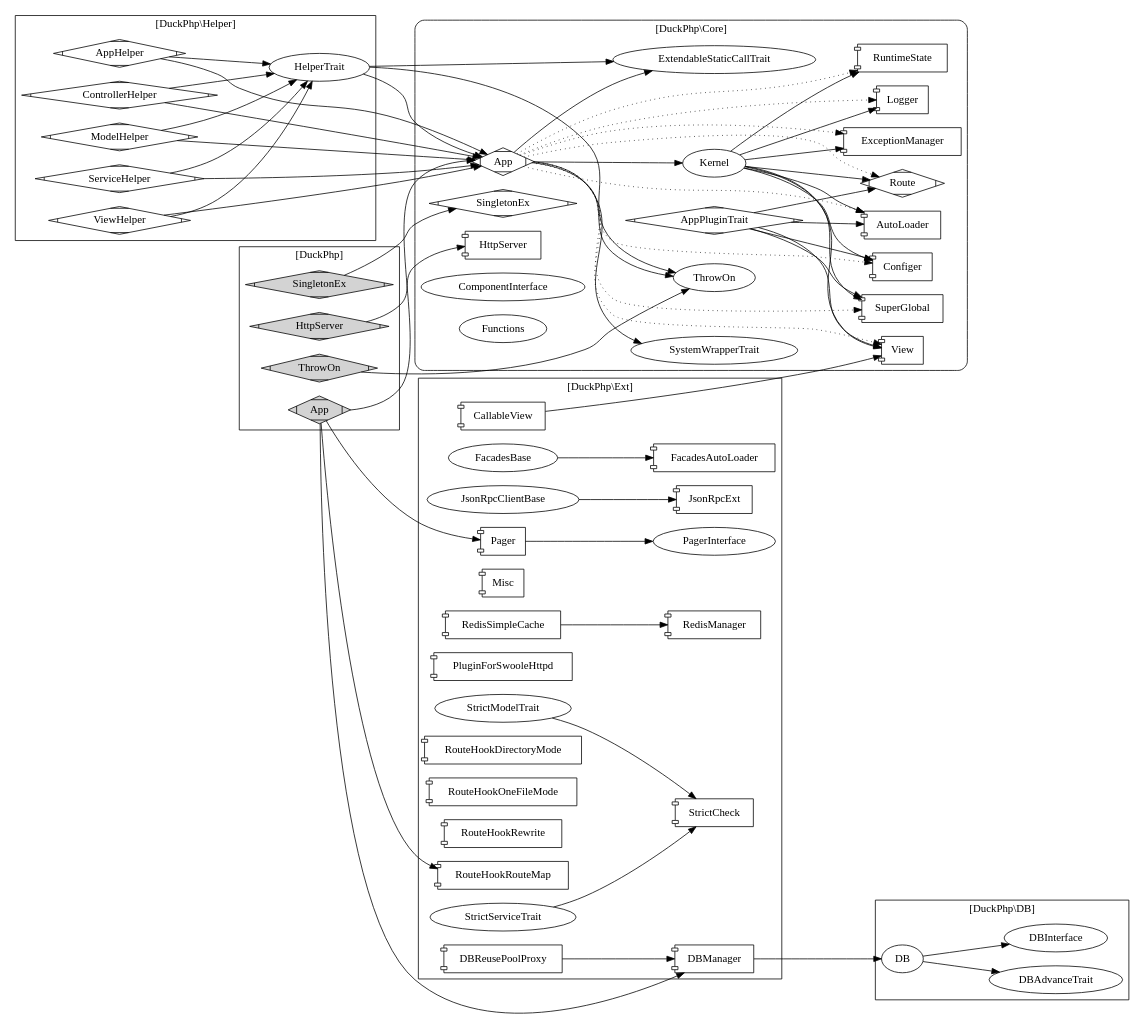
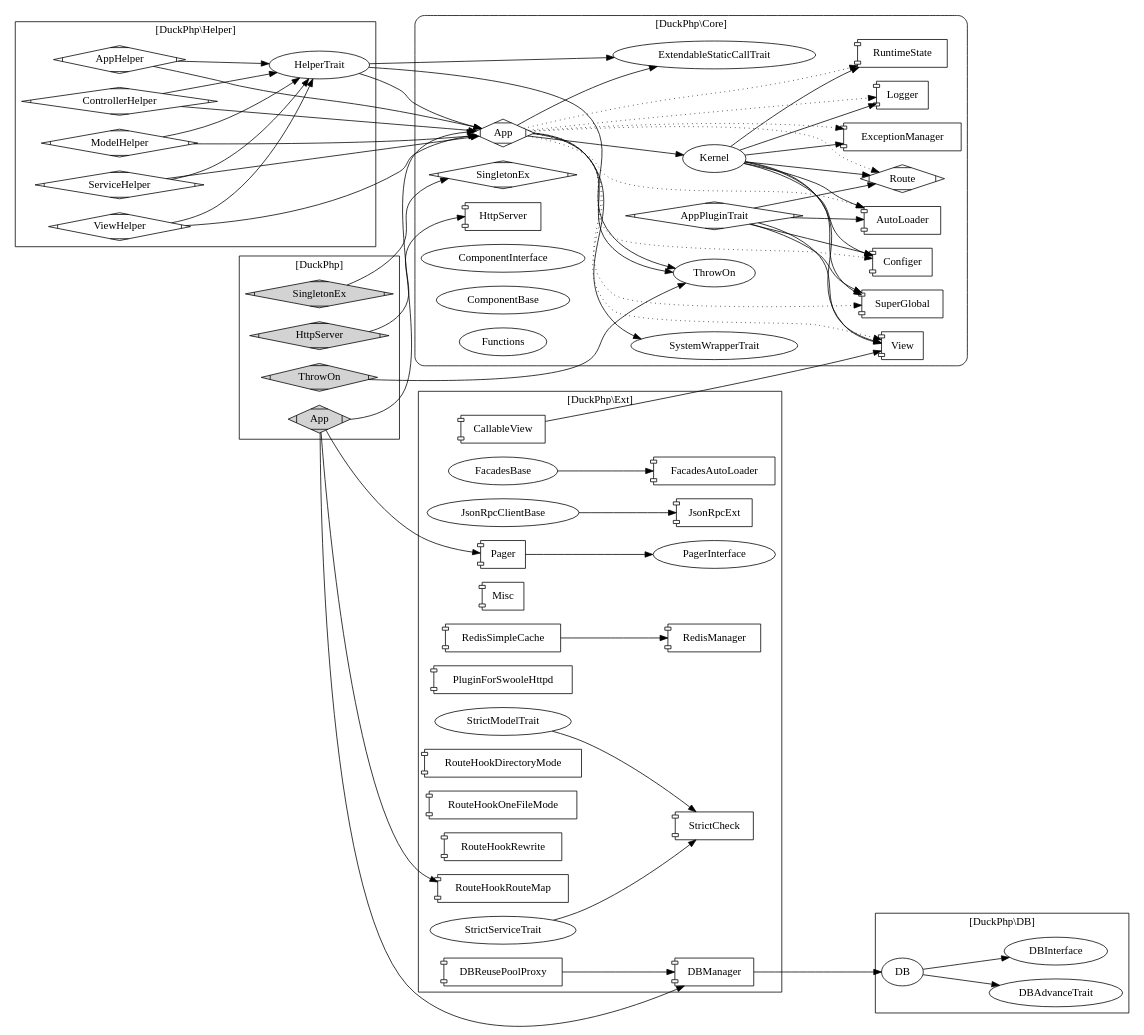
Before and after one commit to dvaknheo/duckphp: the diagram in doc/duckphp.gv, drawn with Graphviz. The commit also changed 18 other files, not shown here.

```diff
--- a/doc/duckphp.gv
+++ b/doc/duckphp.gv
@@ -1,168 +1,169 @@
 digraph G{
 /* This is a graphviz file */
 graph [rankdir = "LR"];
     
     SingletonEx [shape=Mdiamond];
     
 subgraph cluster_Core {
     style = "rounded";
     label = "[DuckPhp\\Core]";
 
     Core_AppPluginTrait [label="AppPluginTrait";shape=Mdiamond];
     Core_App [label="App";shape=Mdiamond];
     Core_Kernel [label="Kernel"];
     Core_SingletonEx [label="SingletonEx";shape=Mdiamond];
     Core_AutoLoader [label="AutoLoader";shape="component"];
     Core_ExceptionManager [label="ExceptionManager";shape="component"];
     Core_View [label="View";shape="component"];
     Core_Configer [label="Configer";shape="component"];
     Core_Logger [label="Logger";shape="component"];
     Core_Route [label="Route";shape=Mdiamond];
     Core_RuntimeState [label="RuntimeState";shape="component"];
     Core_SystemWrapperTrait [label="SystemWrapperTrait"];
     
     Core_HttpServer [label="HttpServer";shape="component"];
     Core_SuperGlobal [label="SuperGlobal";shape="component"];
 
     Core_ExtendableStaticCallTrait [label="ExtendableStaticCallTrait"];
     
     Core_ThrowOn [label="ThrowOn"];
     Core_ComponentInterface [label="ComponentInterface"];
+    Core_ComponentBase [label="ComponentBase"];
     Core_Functions [label="Functions"];
 
 
     Core_Kernel -> Core_AutoLoader ;
     Core_Kernel -> Core_Configer;
     Core_Kernel -> Core_Logger;
     Core_Kernel -> Core_ExceptionManager;
     Core_Kernel -> Core_Route;
     Core_Kernel -> Core_RuntimeState;
     Core_Kernel -> Core_View;
     Core_Kernel -> Core_SuperGlobal;
     
     Core_App -> Core_Kernel;
     Core_App -> Core_ThrowOn;
     Core_App -> Core_ExtendableStaticCallTrait;
     Core_App -> Core_SystemWrapperTrait;
     
     Core_App -> Core_AutoLoader [style="dotted"];
     Core_App -> Core_Configer [style="dotted"];
     Core_App -> Core_Logger [style="dotted"];
     Core_App -> Core_ExceptionManager [style="dotted"];
     Core_App -> Core_Route [style="dotted"];
     Core_App -> Core_RuntimeState [style="dotted"];
     Core_App -> Core_View [style="dotted"];
     Core_App -> Core_SuperGlobal [style="dotted"];
 
 
     Core_AppPluginTrait -> Core_AutoLoader;
     Core_AppPluginTrait -> Core_Configer;
     Core_AppPluginTrait -> Core_View;
     Core_AppPluginTrait -> Core_Route;
     Core_AppPluginTrait -> Core_SuperGlobal;
 }
 
 
 
 
 subgraph cluster_Helper {
     label = "[DuckPhp\\Helper]";
     
     AppHelper [label="AppHelper";shape=Mdiamond];
     ControllerHelper [label="ControllerHelper";shape=Mdiamond];
     ModelHelper [label="ModelHelper";shape=Mdiamond];
     ServiceHelper [label="ServiceHelper";shape=Mdiamond];
     ViewHelper [label="ViewHelper";shape=Mdiamond];
     HelperTrait;
     
     AppHelper -> Core_App; 
     ControllerHelper -> Core_App; 
     ModelHelper -> Core_App; 
     ServiceHelper -> Core_App; 
     ViewHelper -> Core_App; 
     HelperTrait -> Core_App;
     HelperTrait -> Core_ExtendableStaticCallTrait ;
     HelperTrait -> Core_ThrowOn;
     
     AppHelper -> HelperTrait; 
     ControllerHelper -> HelperTrait; 
     ModelHelper -> HelperTrait; 
     ServiceHelper -> HelperTrait; 
     ViewHelper -> HelperTrait; 
 
 }
 
 
 
 
 subgraph cluster_DB {
     label = "[DuckPhp\\DB]";
 
     DB_DB [label="DB"];
     DB_DBAdvanceTrait [label="DBAdvanceTrait"];
     DB_DBInterface [label="DBInterface"];
     
     DB_DB -> DB_DBAdvanceTrait;
     DB_DB -> DB_DBInterface;
 
 
 
 }
 
 
 
 subgraph cluster_Ext {
 label = "[DuckPhp\\Ext]";
 
     CallableView[shape="component"];
     DBManager[shape="component"];
     DBReusePoolProxy[shape="component"];
     FacadesAutoLoader[shape="component"];
     FacadesBase ;
     JsonRpcClientBase ;
     JsonRpcExt[shape="component"];
     Misc[shape="component"];
     Pager[shape="component"];
     PagerInterface ;
     PluginForSwooleHttpd[shape="component"];
     RedisManager[shape="component"];
     RedisSimpleCache[shape="component"];
     RouteHookDirectoryMode[shape="component"];
     RouteHookOneFileMode[shape="component"];
     RouteHookRewrite[shape="component"];
     RouteHookRouteMap[shape="component"];
     StrictCheck[shape="component"];
 
 
     DBManager -> DB_DB;
     CallableView ->Core_View; 
     DBReusePoolProxy ->DBManager; 
     JsonRpcClientBase ->JsonRpcExt;
     FacadesBase -> FacadesAutoLoader;
     Pager -> PagerInterface; 
     RedisSimpleCache -> RedisManager;
     StrictModelTrait -> StrictCheck; 
     StrictServiceTrait -> StrictCheck; 
 }
 subgraph cluster_DuckPhp {
     label = "[DuckPhp]";
         node [style=filled];
 
     HttpServer -> Core_HttpServer;
     App -> Core_App;
     SingletonEx -> Core_SingletonEx;
     ThrowOn -> Core_ThrowOn;
     
     App -> RouteHookRouteMap;
     App -> Pager;
     App -> DBManager;
 
     App [shape=Mdiamond];
     HttpServer [shape=Mdiamond];
     
     SingletonEx [style=filled,shape=Mdiamond] ;
     ThrowOn [shape=Mdiamond];
 
 }
 
 }
```
